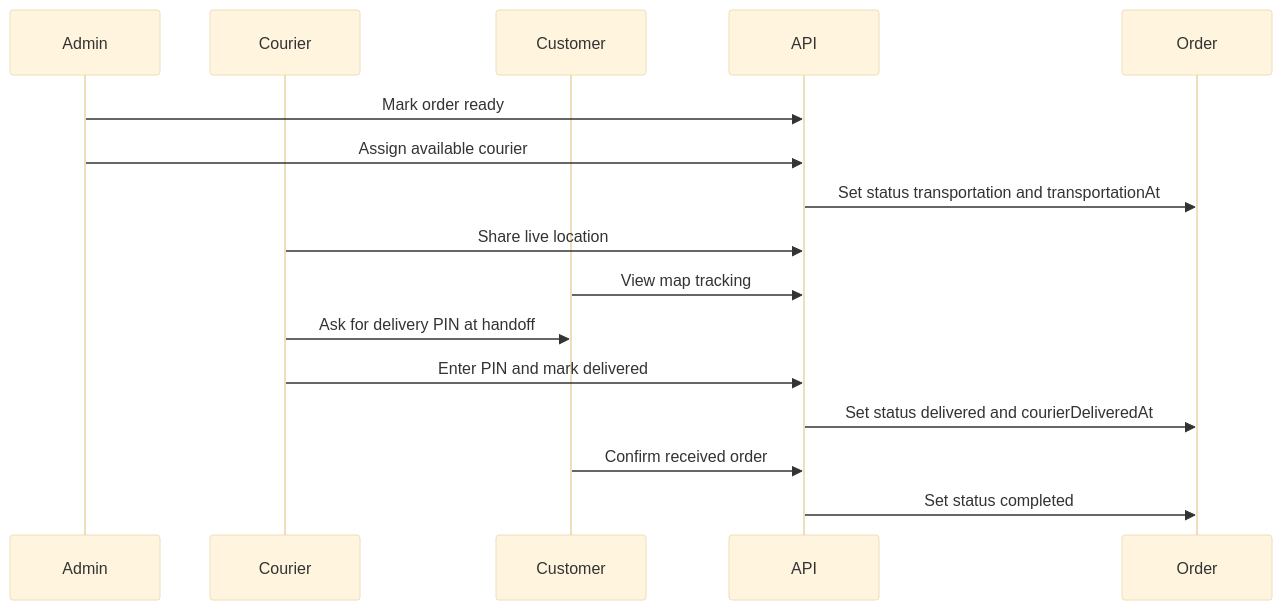
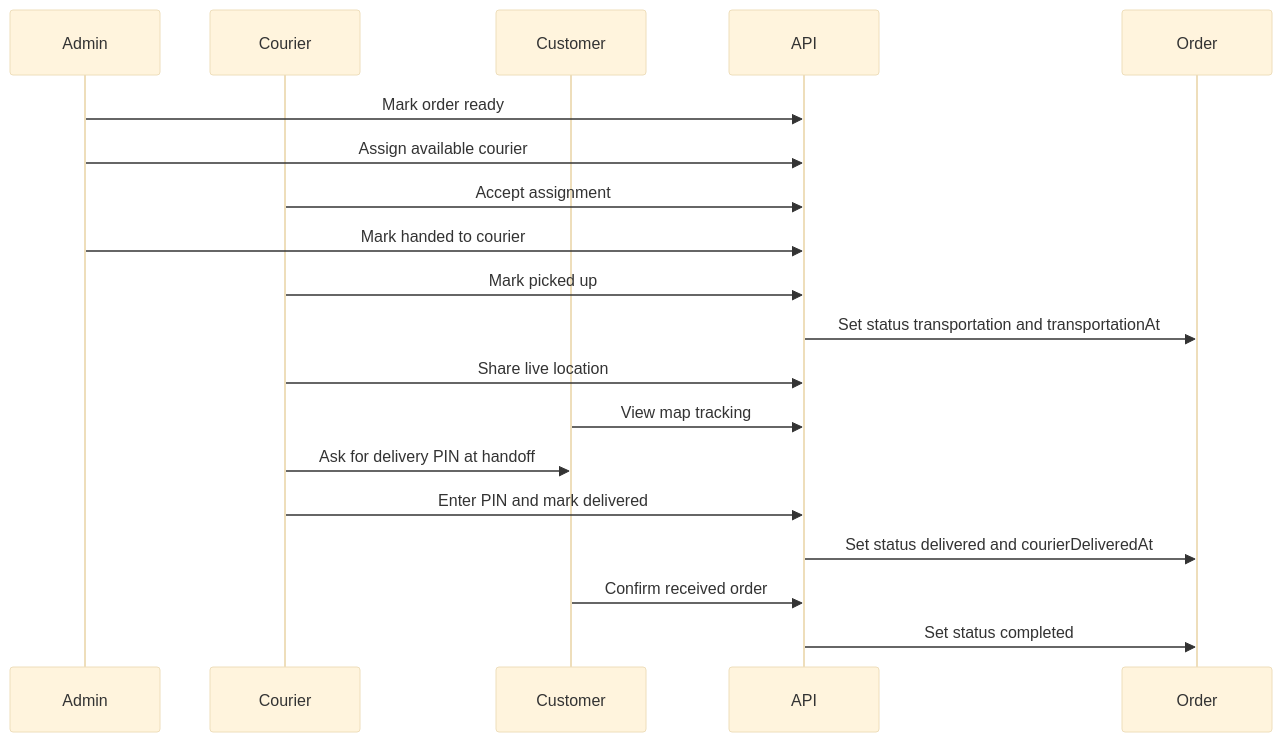
The seventh of 8 diagrams in ARCHITECTURE.md (kimamovic21/food-ordering-app-nextjs-cwd-yt-2023), drawn with Mermaid (base theme) before and after one commit. The commit also changed other lines of this file and 16 other files, not shown here.

First line of the commit message:
Add failed delivery cancellation flow

````diff
--- a/ARCHITECTURE.md
+++ b/ARCHITECTURE.md
@@ -222,19 +225,22 @@
 ```mermaid
 sequenceDiagram
   participant Admin
   participant Courier
   participant Customer
   participant API
   participant Order
 
   Admin->>API: Mark order ready
   Admin->>API: Assign available courier
+  Courier->>API: Accept assignment
+  Admin->>API: Mark handed to courier
+  Courier->>API: Mark picked up
   API->>Order: Set status transportation and transportationAt
   Courier->>API: Share live location
   Customer->>API: View map tracking
   Courier->>Customer: Ask for delivery PIN at handoff
   Courier->>API: Enter PIN and mark delivered
   API->>Order: Set status delivered and courierDeliveredAt
   Customer->>API: Confirm received order
   API->>Order: Set status completed
 ```
````
